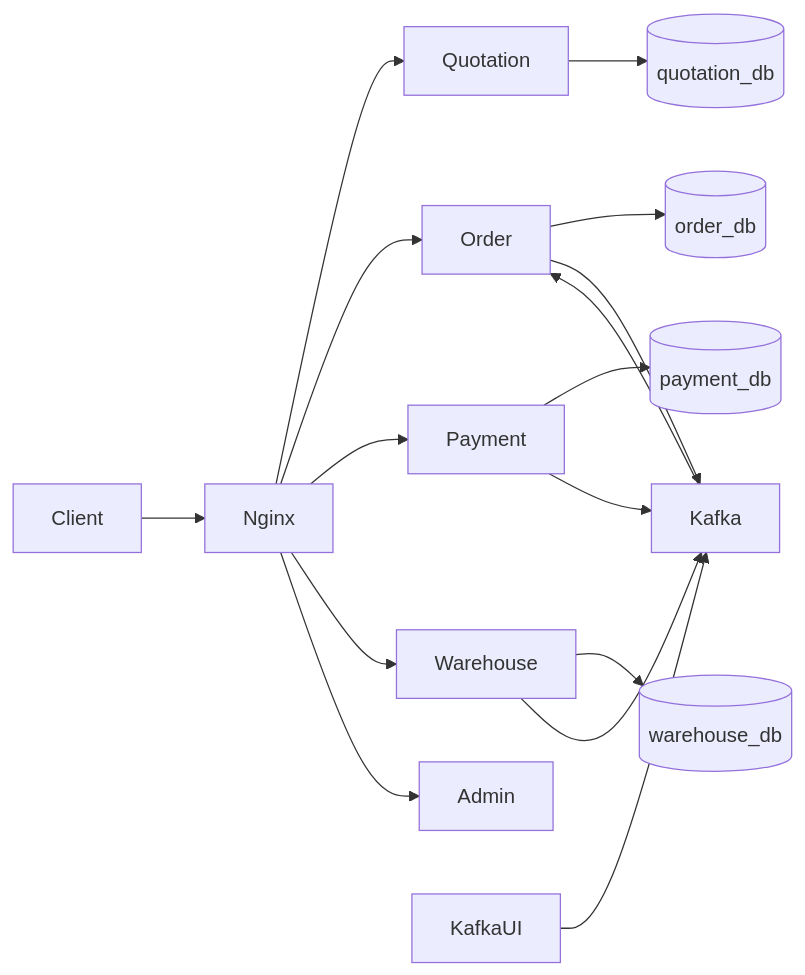
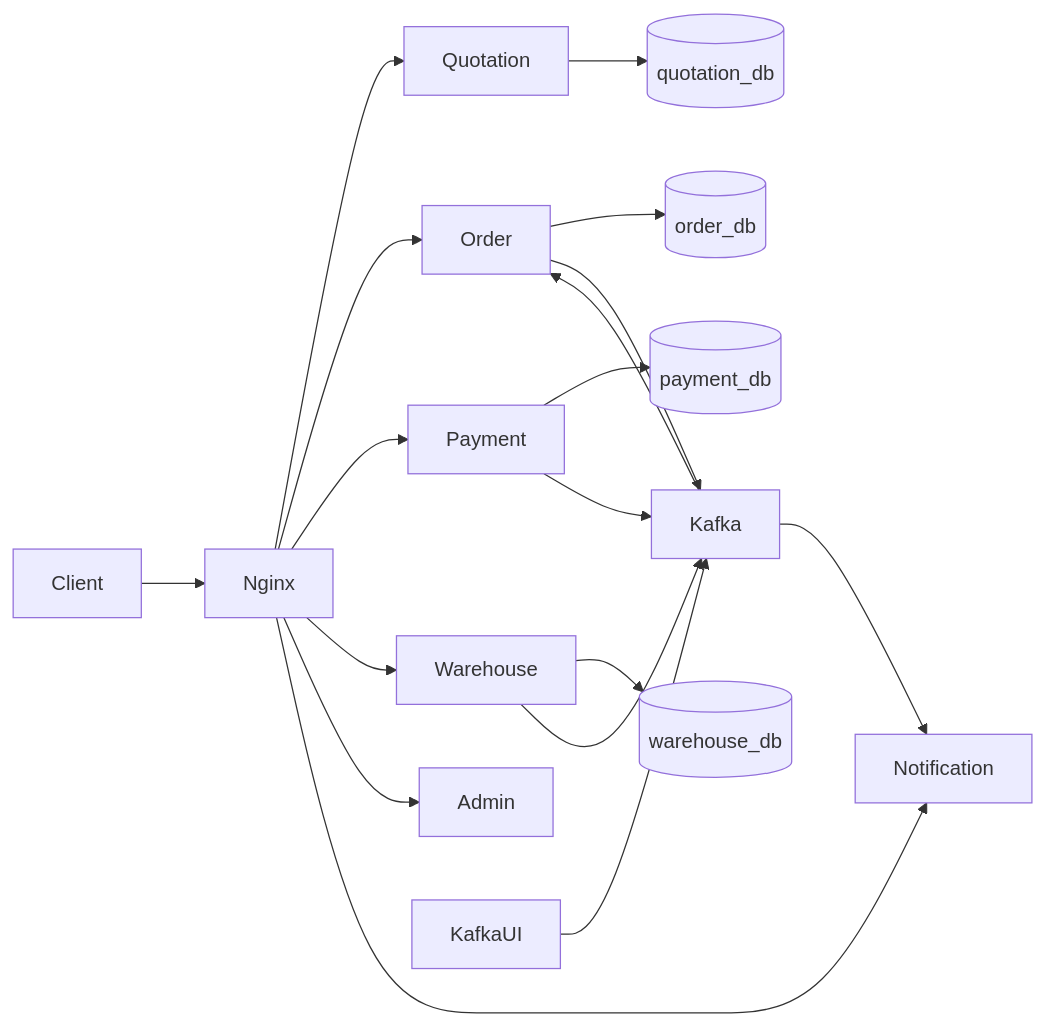
Before and after one commit to kenji-cmyk/cross-border-logistics: the first of 2 diagrams in docs/architecture.md, drawn with Mermaid. The commit also changed other lines of this file and 37 other files, not shown here.

````diff
--- a/docs/architecture.md
+++ b/docs/architecture.md
@@ -9,18 +9,20 @@
 ```mermaid
 flowchart LR
     Client --> Nginx
     Nginx --> Quotation
     Nginx --> Order
     Nginx --> Payment
     Nginx --> Warehouse
     Nginx --> Admin
+    Nginx --> Notification
     Quotation --> QuotationDB[(quotation_db)]
     Order --> OrderDB[(order_db)]
     Payment --> PaymentDB[(payment_db)]
     Warehouse --> WarehouseDB[(warehouse_db)]
     Order --> Kafka
     Payment --> Kafka
     Warehouse --> Kafka
     Kafka --> Order
+    Kafka --> Notification
     KafkaUI --> Kafka
 ```
````
